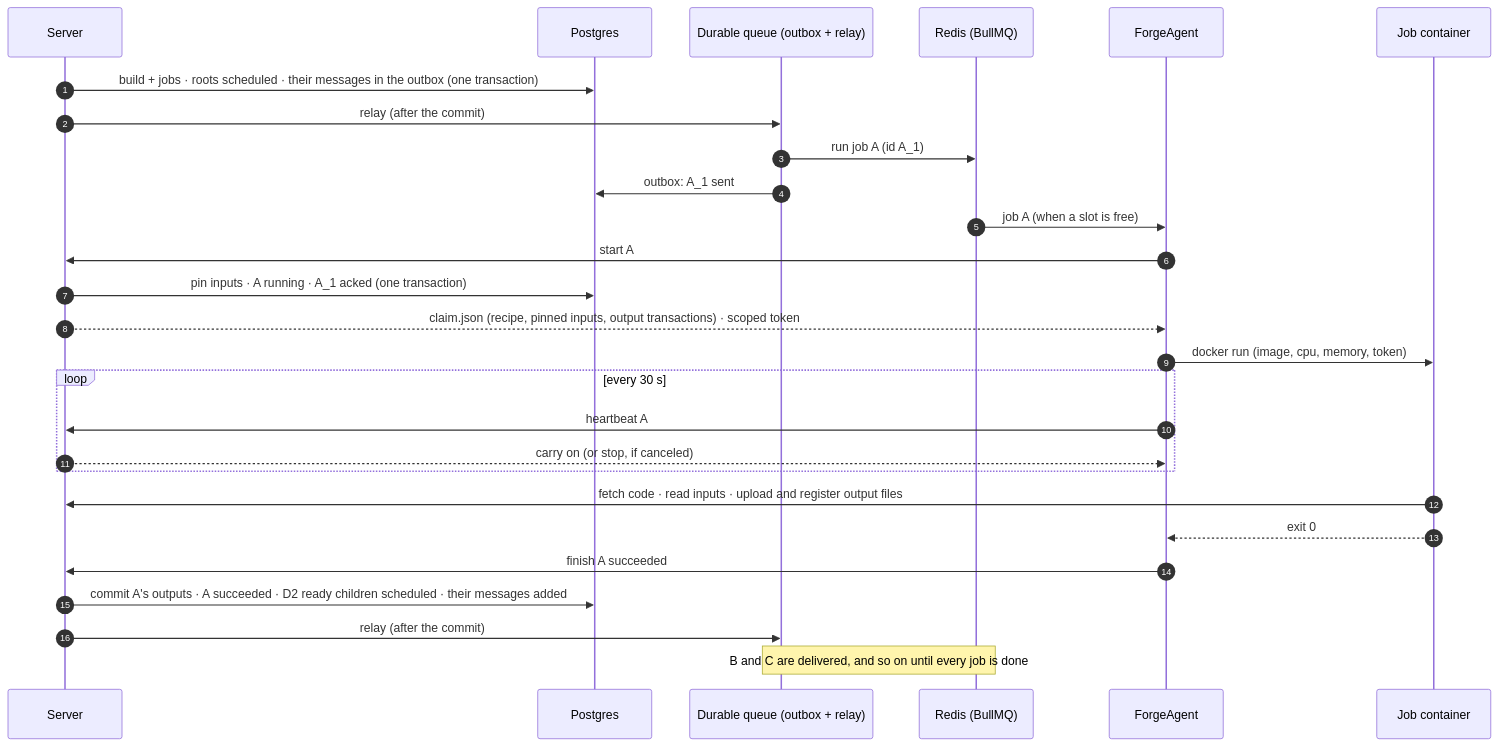
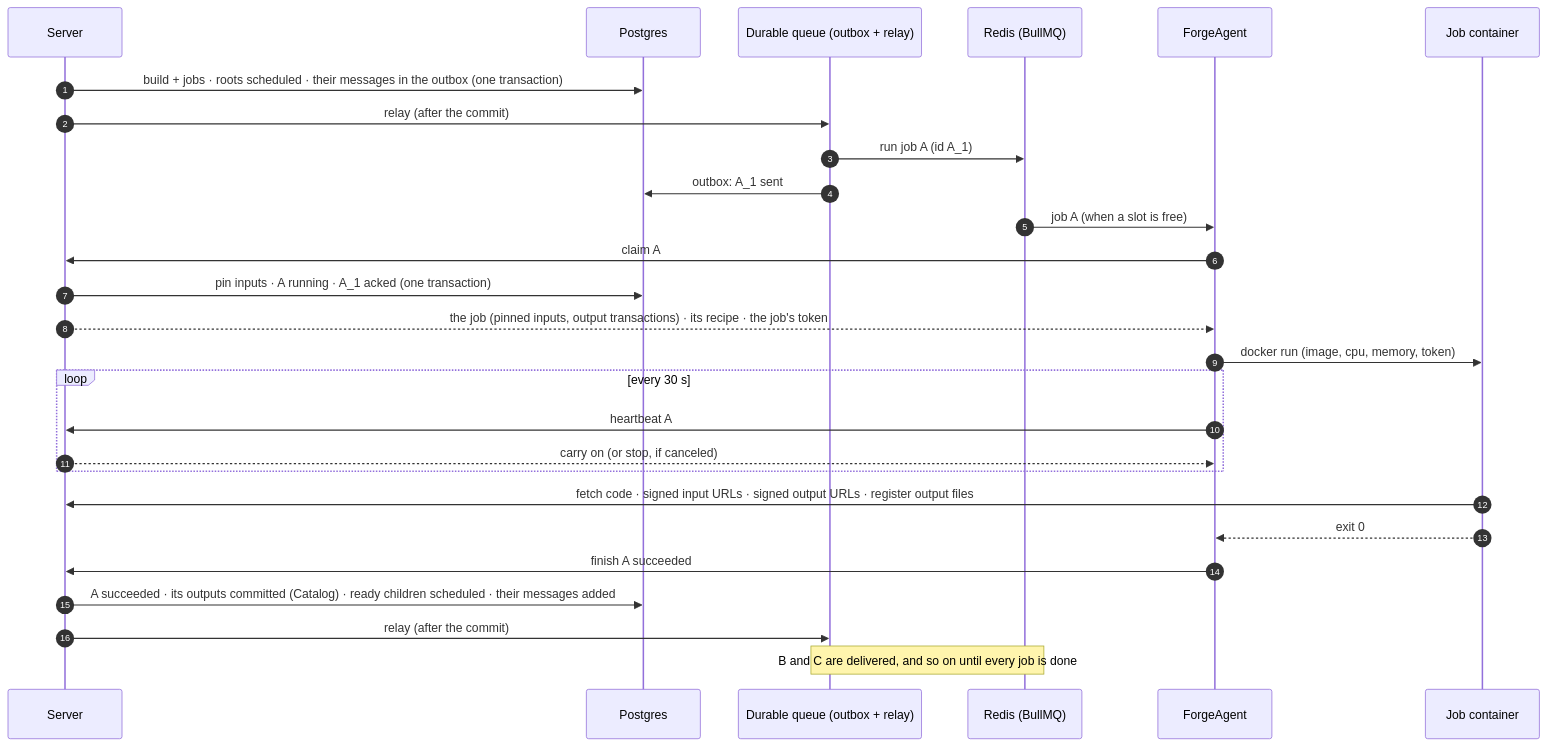
Before and after one commit to RolandTeslaru/Quarry: the second of 3 diagrams in docs/design/forge.md, drawn with Mermaid. The commit also changed other lines of this file and 9 other files, not shown here.

````diff
--- a/docs/design/forge.md
+++ b/docs/design/forge.md
@@ -184,30 +185,30 @@
 ```mermaid
 sequenceDiagram
     autonumber
     participant S as Server
     participant PG as Postgres
     participant R as Durable queue (outbox + relay)
     participant Q as Redis (BullMQ)
     participant A as ForgeAgent
     participant C as Job container
 
     S->>PG: build + jobs · roots scheduled · their messages in the outbox (one transaction)
     S->>R: relay (after the commit)
     R->>Q: run job A (id A_1)
     R->>PG: outbox: A_1 sent
     Q->>A: job A (when a slot is free)
-    A->>S: start A
+    A->>S: claim A
     S->>PG: pin inputs · A running · A_1 acked (one transaction)
-    S-->>A: claim.json (recipe, pinned inputs, output transactions) · scoped token
+    S-->>A: the job (pinned inputs, output transactions) · its recipe · the job's token
     A->>C: docker run (image, cpu, memory, token)
     loop every 30 s
         A->>S: heartbeat A
         S-->>A: carry on (or stop, if canceled)
     end
-    C->>S: fetch code · read inputs · upload and register output files
+    C->>S: fetch code · signed input URLs · signed output URLs · register output files
     C-->>A: exit 0
     A->>S: finish A succeeded
-    S->>PG: commit A's outputs · A succeeded · D2 ready children scheduled · their messages added
+    S->>PG: A succeeded · its outputs committed (Catalog) · ready children scheduled · their messages added
     S->>R: relay (after the commit)
     Note over R,Q: B and C are delivered, and so on until every job is done
 ```
````
